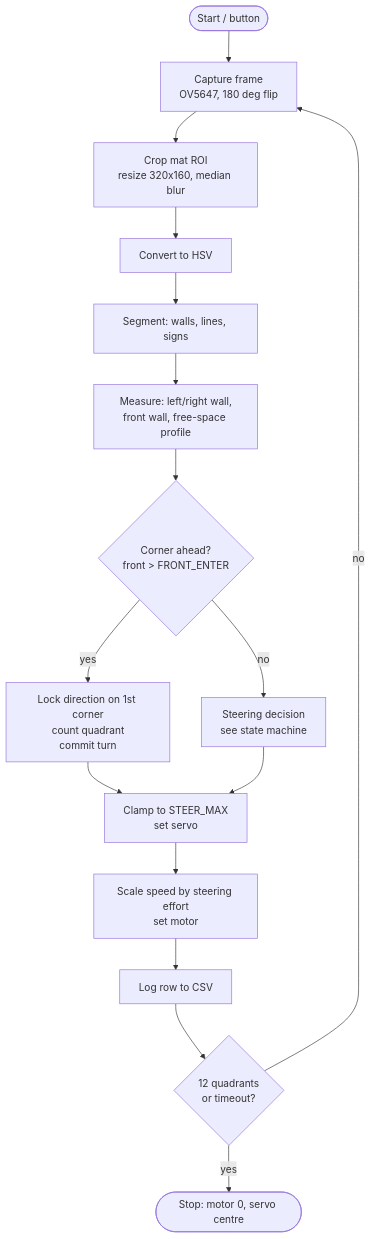
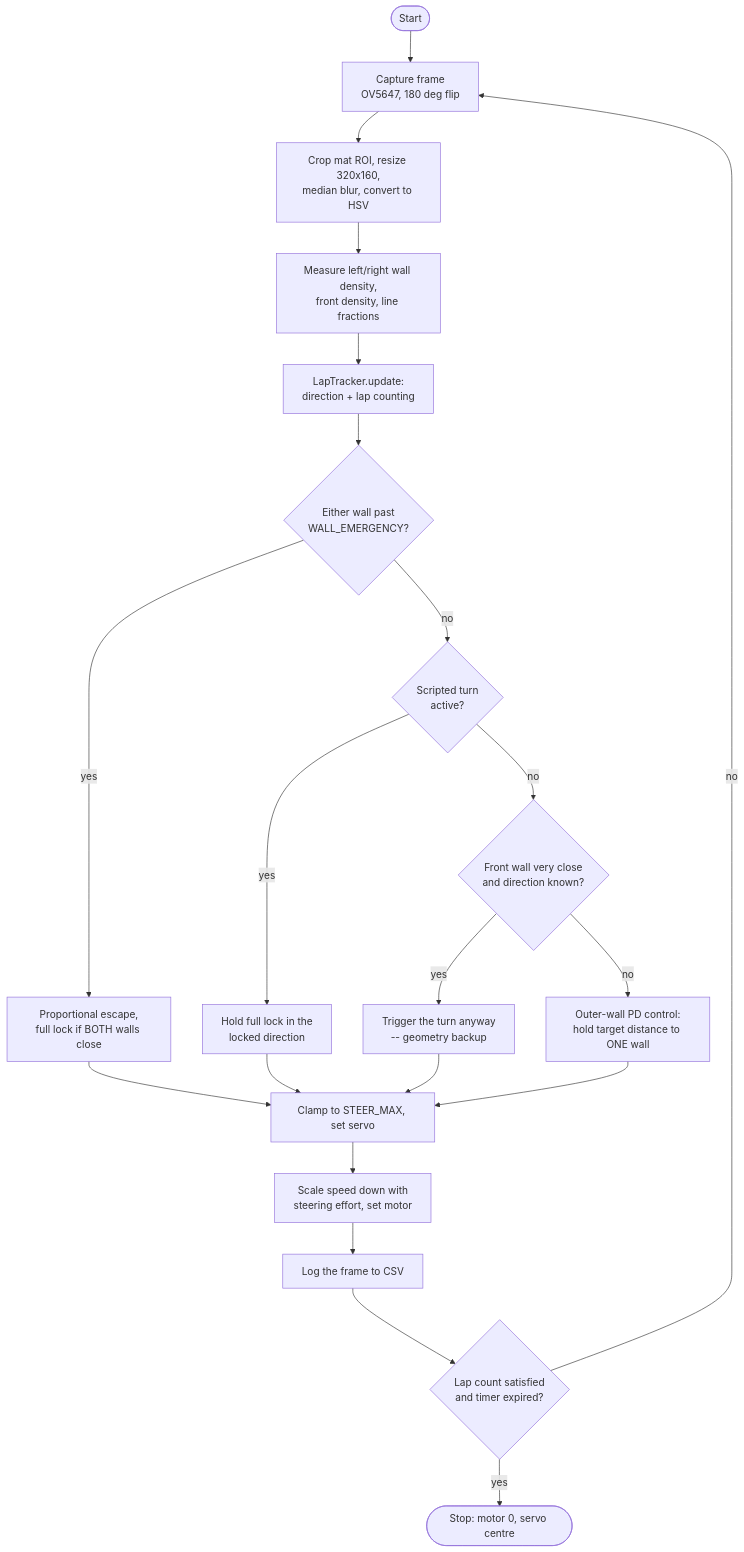
One commit to jolianjij/Red-Castle-WRO-Future-Engineers-2026 changed the first of 3 diagrams in README.md. Above: the diagram before and after it, drawn with Mermaid. The commit also changed other lines of this file and 17 other files, not shown here.

````diff
--- a/README.md
+++ b/README.md
@@ -346,18 +367,23 @@
 ```mermaid
 flowchart TD
-    A([Start / button]) --> B[Capture frame<br/>OV5647, 180 deg flip]
-    B --> C[Crop mat ROI<br/>resize 320x160, median blur]
-    C --> D[Convert to HSV]
-    D --> E[Segment: walls, lines, signs]
-    E --> F[Measure: left/right wall,<br/>front wall, free-space profile]
-    F --> G{Corner ahead?<br/>front &gt; FRONT_ENTER}
-    G -- yes --> H[Lock direction on 1st corner<br/>count quadrant<br/>commit turn]
-    G -- no --> I[Steering decision<br/>see state machine]
-    H --> J[Clamp to STEER_MAX<br/>set servo]
-    I --> J
-    J --> K[Scale speed by steering effort<br/>set motor]
-    K --> L[Log row to CSV]
-    L --> M{12 quadrants<br/>or timeout?}
-    M -- no --> B
-    M -- yes --> N([Stop: motor 0, servo centre])
+    A([Start]) --> B[Capture frame<br/>OV5647, 180 deg flip]
+    B --> C[Crop mat ROI, resize 320x160,<br/>median blur, convert to HSV]
+    C --> D[Measure left/right wall density,<br/>front density, line fractions]
+    D --> E[LapTracker.update:<br/>direction + lap counting]
+    E --> F{Either wall past<br/>WALL_EMERGENCY?}
+    F -- yes --> G[Proportional escape,<br/>full lock if BOTH walls close]
+    F -- no --> H{Scripted turn<br/>active?}
+    H -- yes --> I[Hold full lock in the<br/>locked direction]
+    H -- no --> J{Front wall very close<br/>and direction known?}
+    J -- yes --> K[Trigger the turn anyway<br/>-- geometry backup]
+    J -- no --> L[Outer-wall PD control:<br/>hold target distance to ONE wall]
+    G --> M[Clamp to STEER_MAX, set servo]
+    I --> M
+    K --> M
+    L --> M
+    M --> N[Scale speed down with<br/>steering effort, set motor]
+    N --> O[Log the frame to CSV]
+    O --> P{Lap count satisfied<br/>and timer expired?}
+    P -- no --> B
+    P -- yes --> Q([Stop: motor 0, servo centre])
 ```
````
